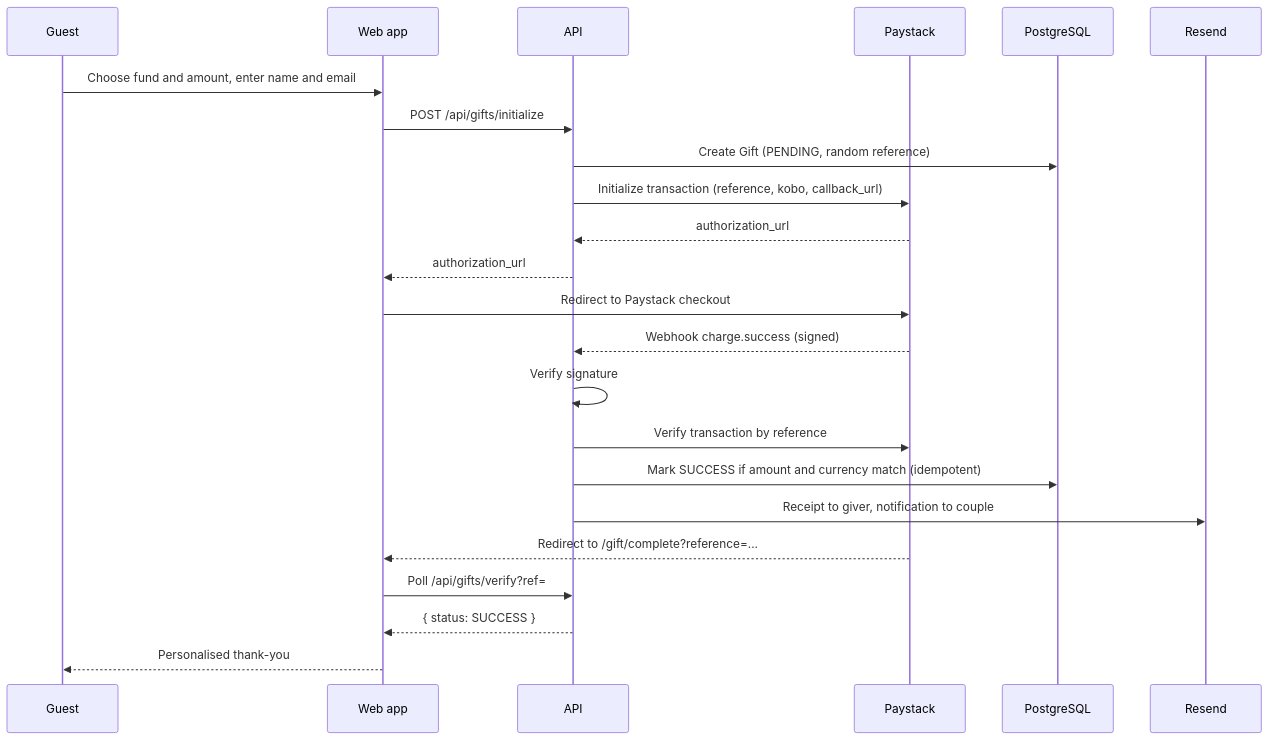
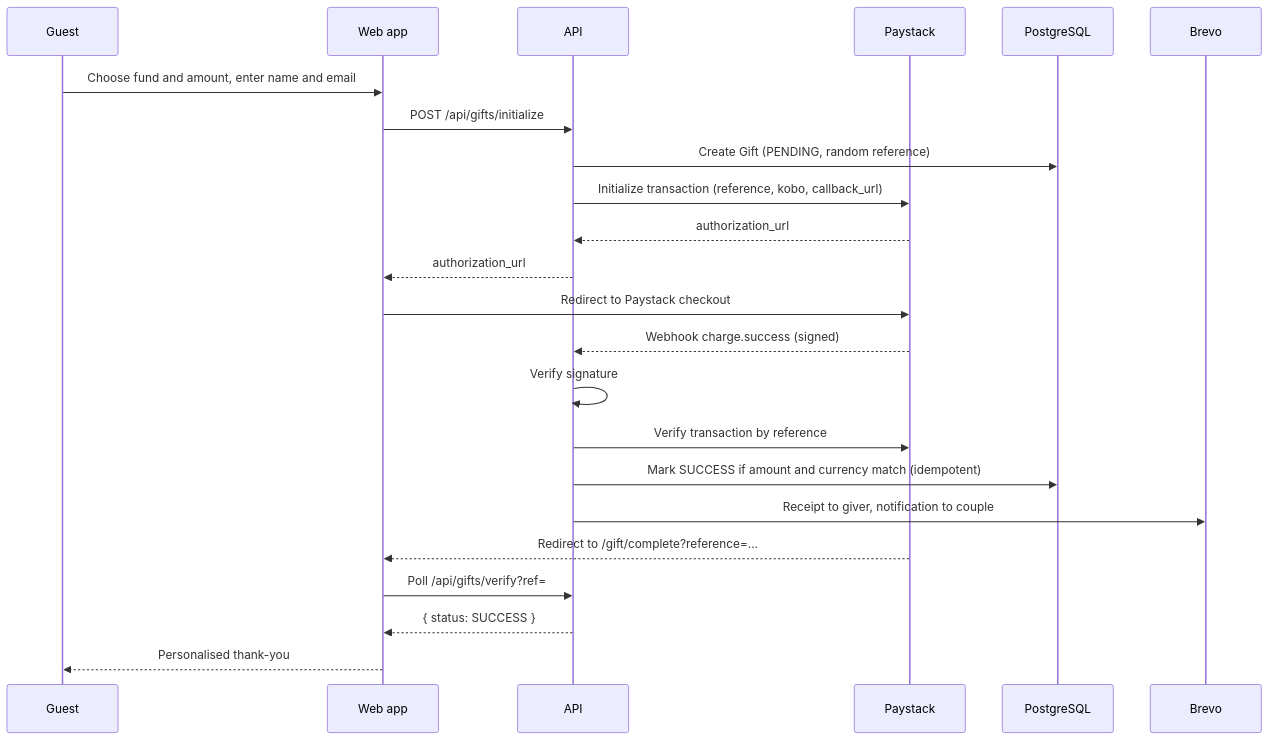
Before and after one commit to EAconcepts/designedToBi26: the fourth of 7 diagrams in docs/architecture.md, drawn with Mermaid. The commit also changed other lines of this file and 39 other files, not shown here.

````diff
--- a/docs/architecture.md
+++ b/docs/architecture.md
@@ -730,25 +730,25 @@
 ```mermaid
 sequenceDiagram
     participant G as Guest
     participant W as Web app
     participant A as API
     participant P as Paystack
     participant DB as PostgreSQL
-    participant E as Resend
+    participant E as Brevo
     G->>W: Choose fund and amount, enter name and email
     W->>A: POST /api/gifts/initialize
     A->>DB: Create Gift (PENDING, random reference)
     A->>P: Initialize transaction (reference, kobo, callback_url)
     P-->>A: authorization_url
     A-->>W: authorization_url
     W->>P: Redirect to Paystack checkout
     P-->>A: Webhook charge.success (signed)
     A->>A: Verify signature
     A->>P: Verify transaction by reference
     A->>DB: Mark SUCCESS if amount and currency match (idempotent)
     A->>E: Receipt to giver, notification to couple
     P-->>W: Redirect to /gift/complete?reference=...
     W->>A: Poll /api/gifts/verify?ref=
     A-->>W: { status: SUCCESS }
     W-->>G: Personalised thank-you
 ```
````
